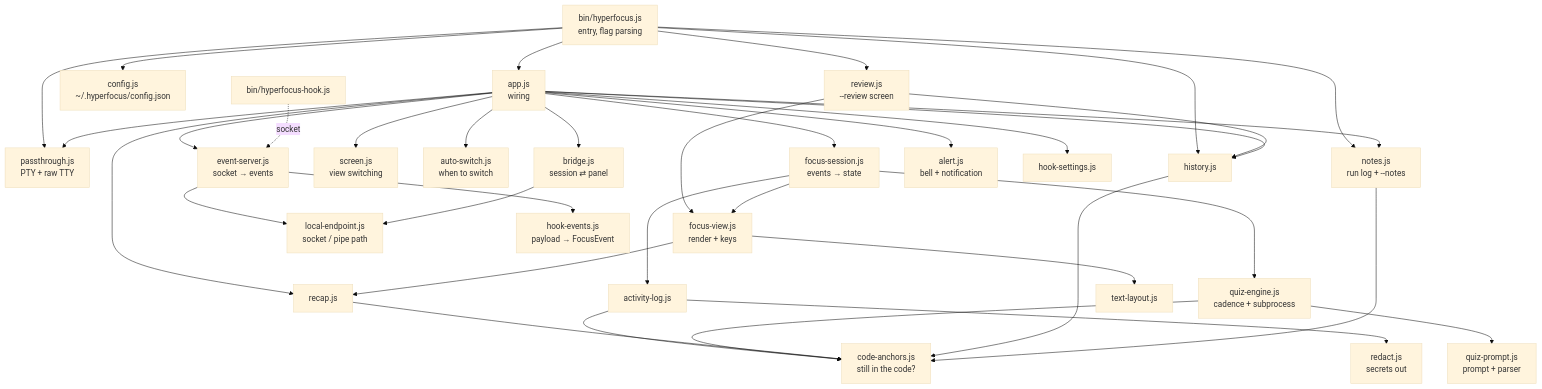
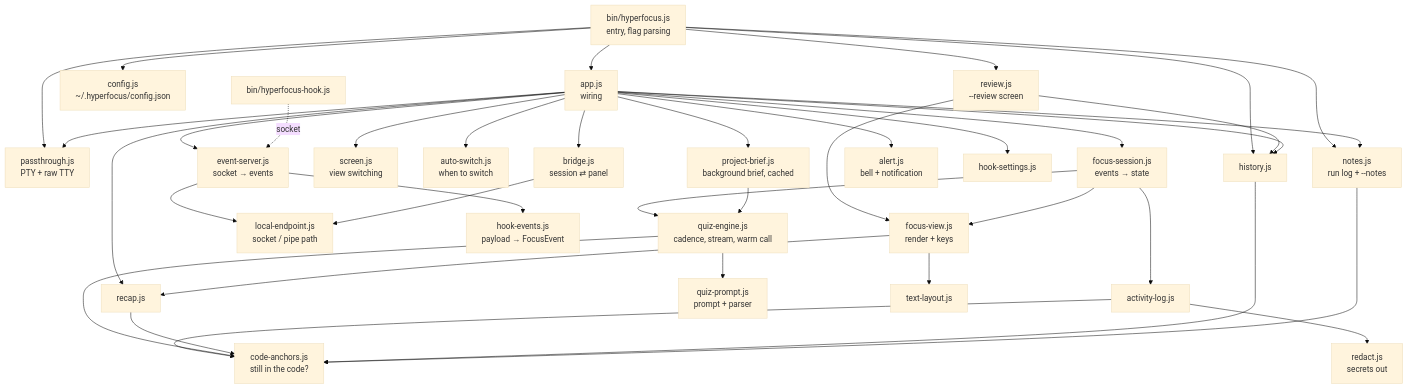
One commit to TEJASVISJAIN/hyperfocus changed the third of 13 diagrams in docs/ARCHITECTURE.md. Above: the diagram before and after it, drawn with Mermaid (base theme). The commit also changed other lines of this file and 47 other files, not shown here.

````diff
--- a/docs/ARCHITECTURE.md
+++ b/docs/ARCHITECTURE.md
@@ -120,38 +120,40 @@
 ```mermaid
 flowchart TB
     bin[bin/hyperfocus.js<br/>entry, flag parsing] --> app[app.js<br/>wiring]
     bin --> passthrough
     bin --> history
     bin --> config[config.js<br/>~/.hyperfocus/config.json]
     bin --> notes[notes.js<br/>run log + --notes]
     bin --> review[review.js<br/>--review screen]
     review --> view
     review --> history
     app --> notes
     app --> passthrough[passthrough.js<br/>PTY + raw TTY]
     app --> screen[screen.js<br/>view switching]
     app --> autoswitch[auto-switch.js<br/>when to switch]
     app --> server[event-server.js<br/>socket → events]
     app --> bridge[bridge.js<br/>session ⇄ panel]
     server --> endpoint[local-endpoint.js<br/>socket / pipe path]
     bridge --> endpoint
     app --> session[focus-session.js<br/>events → state]
     app --> recap[recap.js]
     app --> alert[alert.js<br/>bell + notification]
     app --> history[history.js]
     app --> hooksettings[hook-settings.js]
     server --> hookevents[hook-events.js<br/>payload → FocusEvent]
     session --> activity[activity-log.js]
     activity --> redact[redact.js<br/>secrets out]
     activity --> anchors[code-anchors.js<br/>still in the code?]
     engine --> anchors
     recap --> anchors
     history --> anchors
     notes --> anchors
-    session --> engine[quiz-engine.js<br/>cadence + subprocess]
+    session --> engine[quiz-engine.js<br/>cadence, stream, warm call]
+    app --> brief[project-brief.js<br/>background brief, cached]
+    brief --> engine
     session --> view[focus-view.js<br/>render + keys]
     engine --> prompt[quiz-prompt.js<br/>prompt + parser]
     view --> recap
     view --> layout[text-layout.js]
     hookbin[bin/hyperfocus-hook.js] -. socket .-> server
 ```
````
